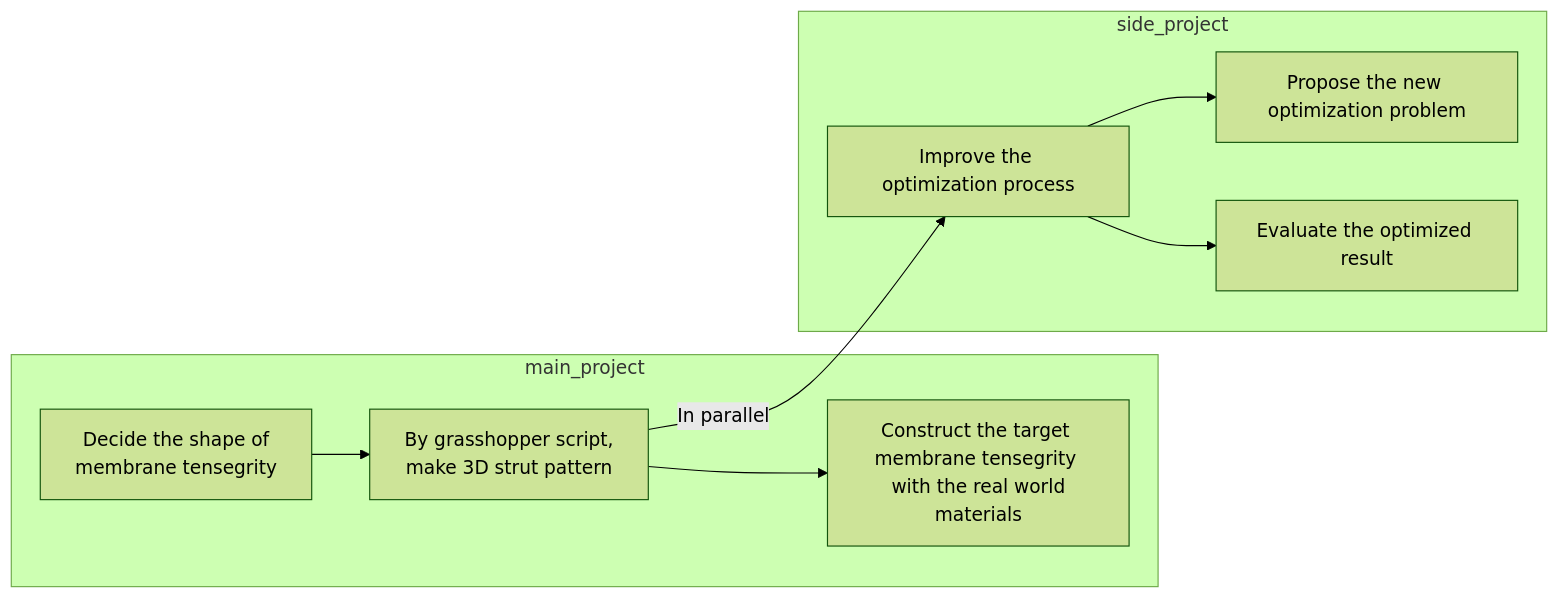
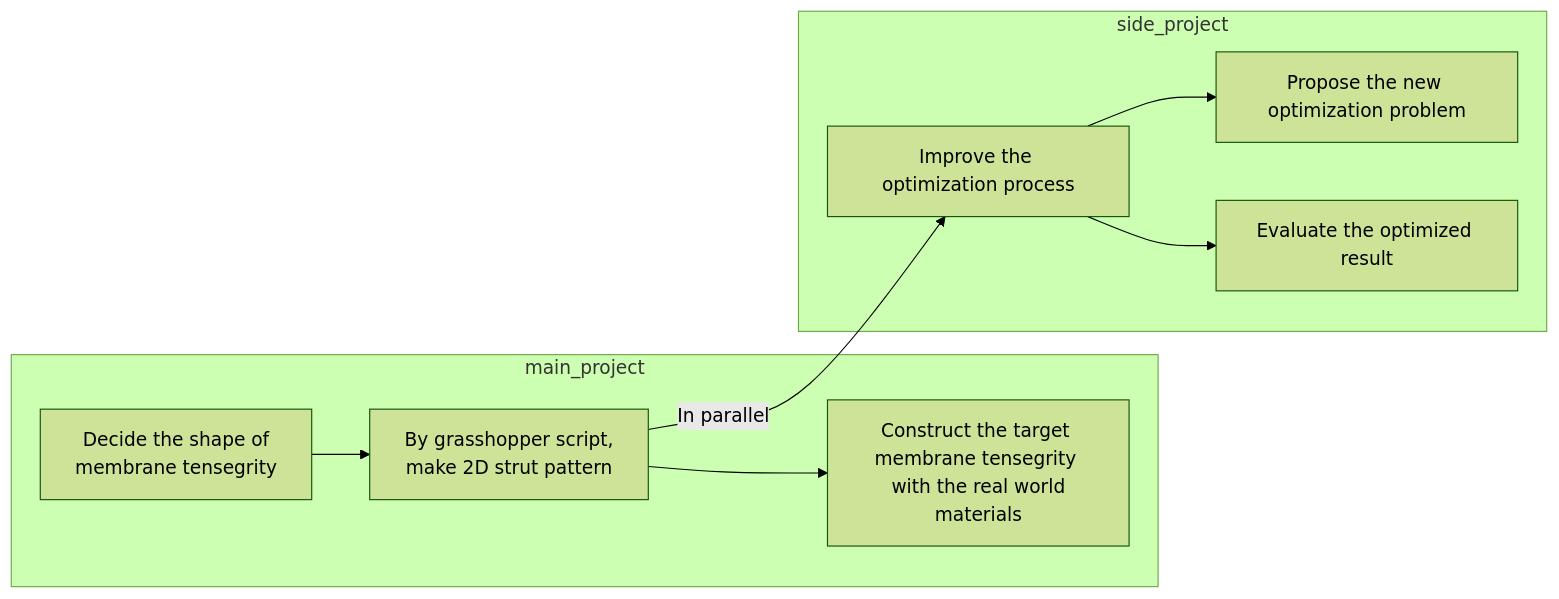
One commit to arch-project-mt/membrane_tensegrity changed the diagram in README.md. Above: the diagram before and after it, drawn with Mermaid (forest theme). The commit also changed other lines of this file, not shown here.

Commit message:
updated README for the project progression

````diff
--- a/README.md
+++ b/README.md
@@ -35,12 +35,12 @@
 ```mermaid
 flowchart LR
 subgraph main_project
-A[Decide the shape of \n membrane tensegrity] --> B[By grasshopper script,\n make 3D strut pattern] --> C[Construct the target membrane tensegrity \n with the real world materials]
+A[Decide the shape of \n membrane tensegrity] --> B[By grasshopper script,\n make 2D strut pattern] --> C[Construct the target membrane tensegrity \n with the real world materials]
 end
 
 subgraph side_project
 B -->|In parallel| E[Improve the optimization process]
 E --> F[Propose the new optimization problem]
 E --> G[Evaluate the optimized result]
 end
 ```
````
